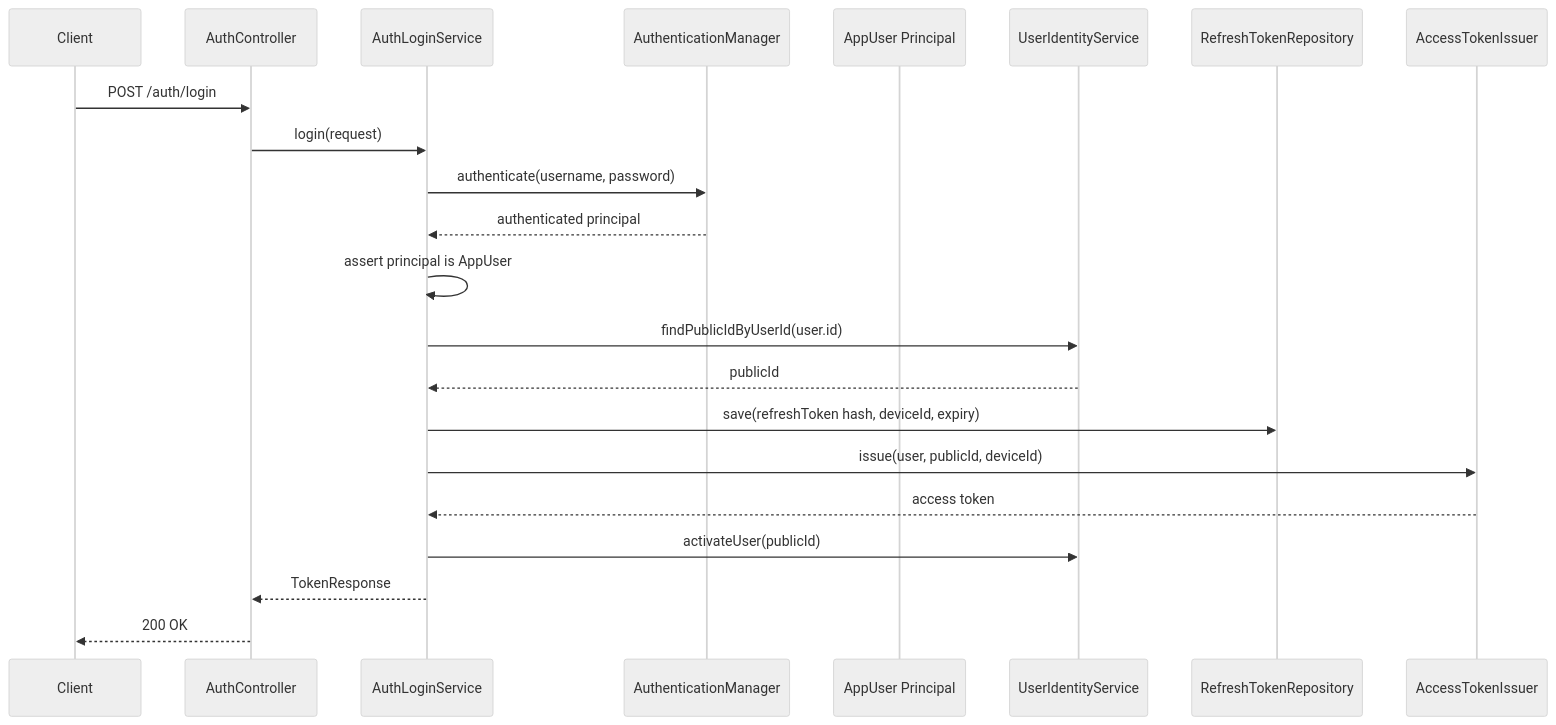
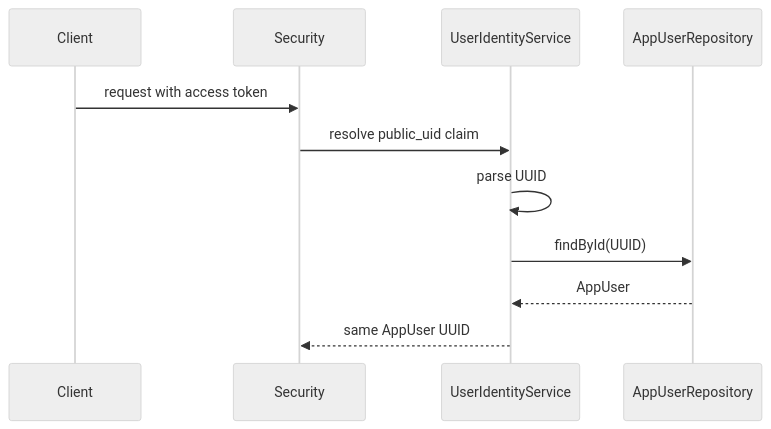
One commit to mohammadAlhajeen/bun_commerce-public changed the first of 3 diagrams in documentation/04-identity-uml.md. Above: the diagram before and after it, drawn with Mermaid (neutral theme). The commit also changed other lines of this file and 29 other files, not shown here.

````diff
--- a/documentation/04-identity-uml.md
+++ b/documentation/04-identity-uml.md
@@ -147,25 +5,14 @@
 ```mermaid
 sequenceDiagram
     participant Client
-    participant AuthController
-    participant AuthLoginService
-    participant AuthenticationManager
-    participant AppUser as AppUser Principal
+    participant Security
     participant UserIdentityService
-    participant RefreshTokenRepository
-    participant AccessTokenIssuer
+    participant AppUserRepository
 
-    Client->>AuthController: POST /auth/login
-    AuthController->>AuthLoginService: login(request)
-    AuthLoginService->>AuthenticationManager: authenticate(username, password)
-    AuthenticationManager-->>AuthLoginService: authenticated principal
-    AuthLoginService->>AuthLoginService: assert principal is AppUser
-    AuthLoginService->>UserIdentityService: findPublicIdByUserId(user.id)
-    UserIdentityService-->>AuthLoginService: publicId
-    AuthLoginService->>RefreshTokenRepository: save(refreshToken hash, deviceId, expiry)
-    AuthLoginService->>AccessTokenIssuer: issue(user, publicId, deviceId)
-    AccessTokenIssuer-->>AuthLoginService: access token
-    AuthLoginService->>UserIdentityService: activateUser(publicId)
-    AuthLoginService-->>AuthController: TokenResponse
-    AuthController-->>Client: 200 OK
+    Client->>Security: request with access token
+    Security->>UserIdentityService: resolve public_uid claim
+    UserIdentityService->>UserIdentityService: parse UUID
+    UserIdentityService->>AppUserRepository: findById(UUID)
+    AppUserRepository-->>UserIdentityService: AppUser
+    UserIdentityService-->>Security: same AppUser UUID
 ```
````
